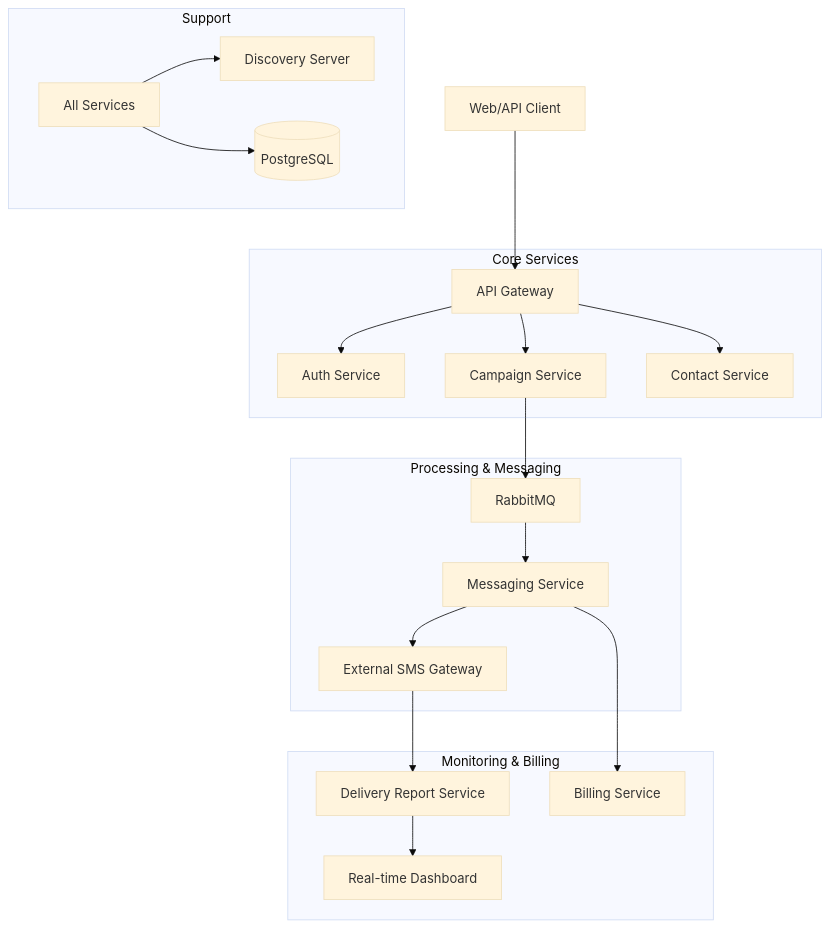
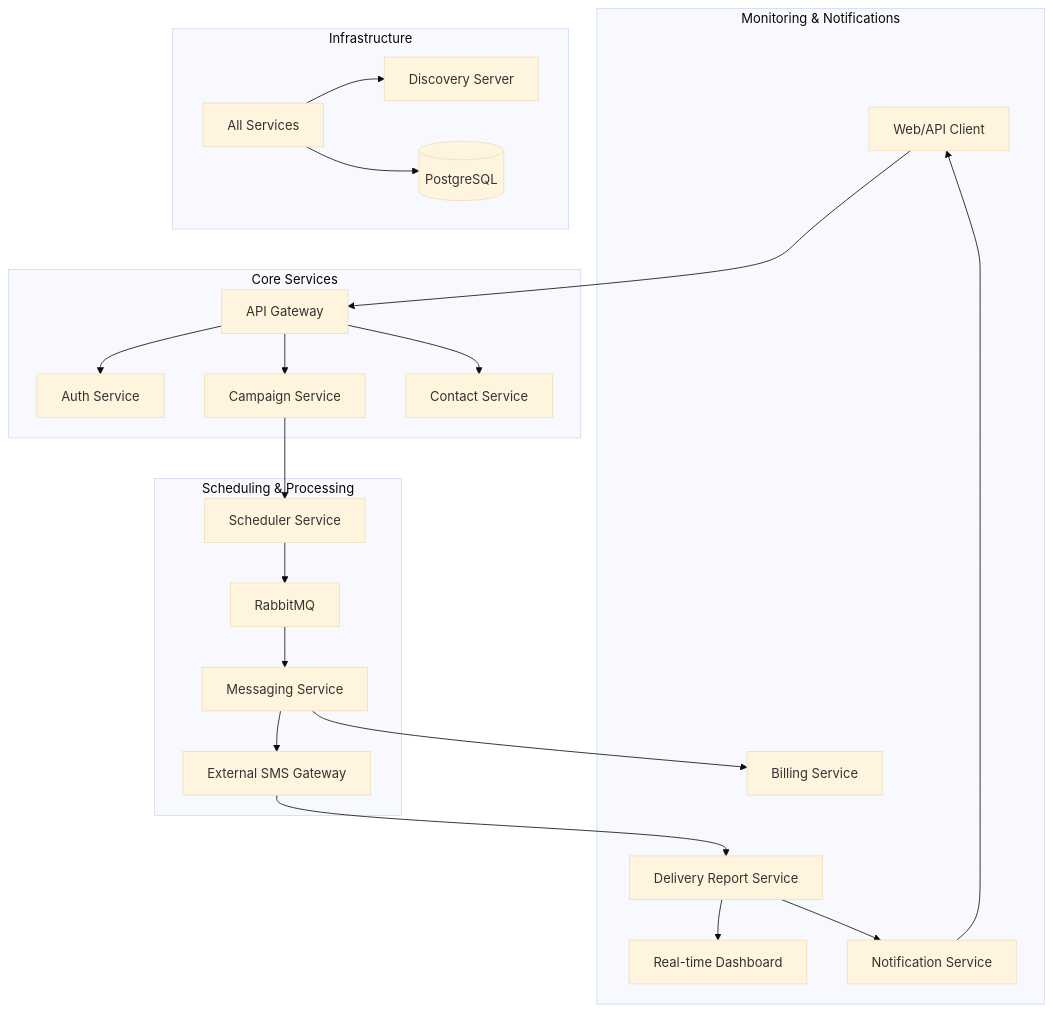
Before and after one commit to Saumojyoti-Shiv/NotifyGrid: the diagram in README.md, drawn with Mermaid (base theme).

Commit message:
docs: fix architecture diagram to include Scheduler and Notification services

````diff
--- a/README.md
+++ b/README.md
@@ -35,27 +35,30 @@
 ```mermaid
 graph TD
     Client[Web/API Client] --> Gateway[API Gateway]
     
     subgraph "Core Services"
         Gateway --> Auth[Auth Service]
         Gateway --> Campaign[Campaign Service]
         Gateway --> Contact[Contact Service]
     end
     
-    subgraph "Processing & Messaging"
-        Campaign --> MQ[RabbitMQ]
+    subgraph "Scheduling & Processing"
+        Campaign --> Scheduler[Scheduler Service]
+        Scheduler --> MQ[RabbitMQ]
         MQ --> Msg[Messaging Service]
         Msg --> Provider[External SMS Gateway]
     end
     
-    subgraph "Monitoring & Billing"
+    subgraph "Monitoring & Notifications"
         Provider --> Report[Delivery Report Service]
+        Report --> Dashboard[Real-time Dashboard]
         Msg --> Billing[Billing Service]
-        Report --> Dashboard[Real-time Dashboard]
+        Report --> Notify[Notification Service]
+        Notify --> Client
     end
     
-    subgraph "Support"
+    subgraph "Infrastructure"
         Services[All Services] --> Eureka[Discovery Server]
         Services --> DB[(PostgreSQL)]
     end
 ```
````
